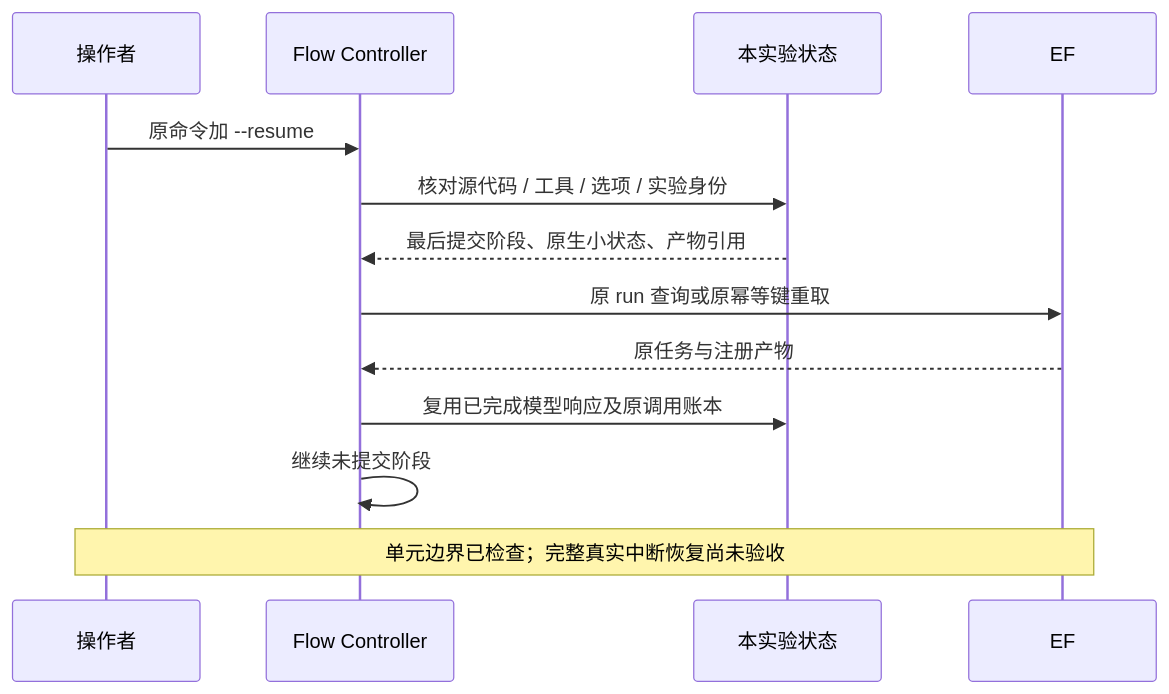
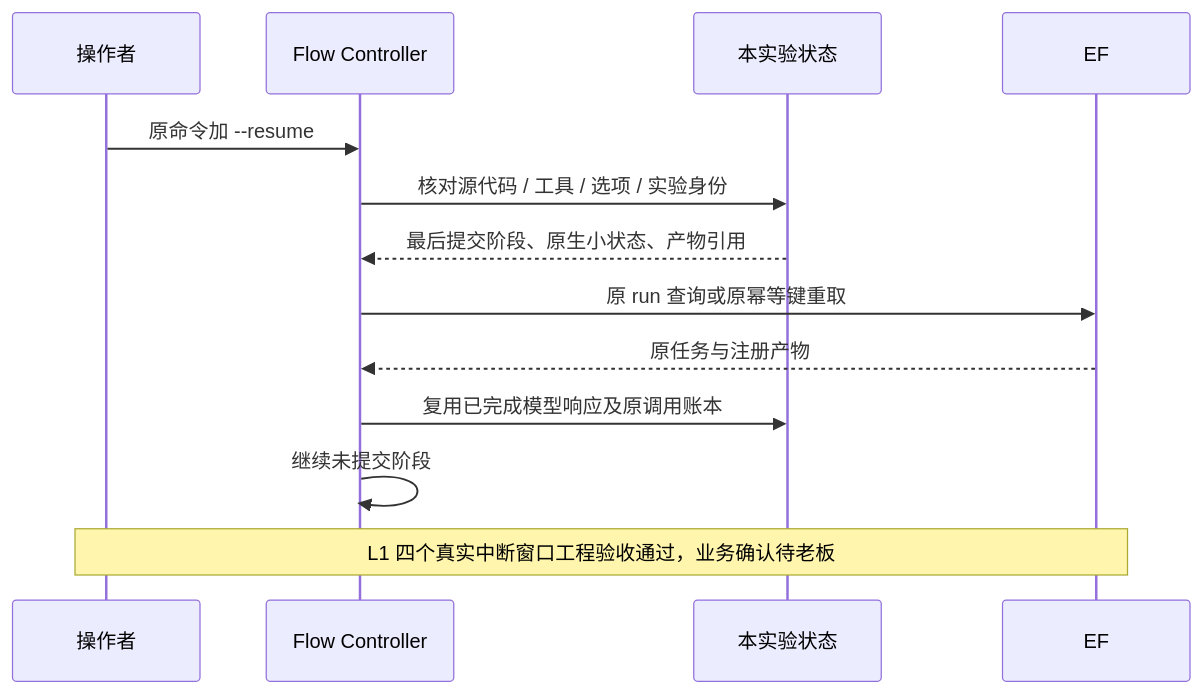
Before and after one commit to CODA-Team/ChipEvolve: the fourth of 4 diagrams in ARCHITECTURE.md, drawn with Mermaid. The commit also changed other lines of this file and 9 other files, not shown here.

````diff
--- a/ARCHITECTURE.md
+++ b/ARCHITECTURE.md
@@ -69,15 +69,15 @@
 ```mermaid
 sequenceDiagram
     participant U as 操作者
     participant F as Flow Controller
     participant J as 本实验状态
     participant E as EF
     U->>F: 原命令加 --resume
     F->>J: 核对源代码 / 工具 / 选项 / 实验身份
     J-->>F: 最后提交阶段、原生小状态、产物引用
     F->>E: 原 run 查询或原幂等键重取
     E-->>F: 原任务与注册产物
     F->>J: 复用已完成模型响应及原调用账本
     F->>F: 继续未提交阶段
-    Note over U,E: 单元边界已检查；完整真实中断恢复尚未验收
+    Note over U,E: L1 四个真实中断窗口工程验收通过，业务确认待老板
 ```
````
